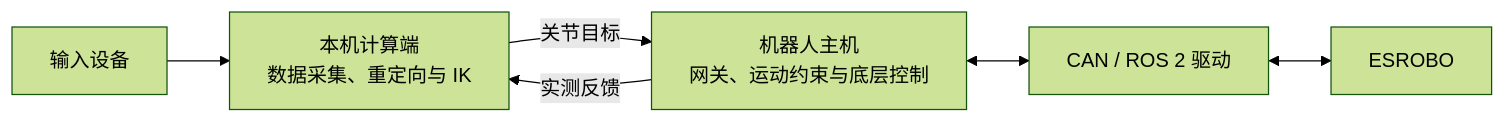
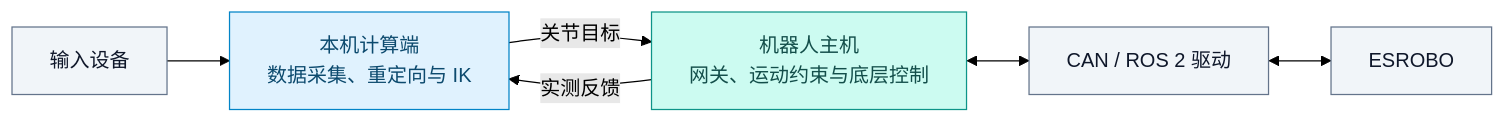
One commit to HUSTESROBO/.github changed the diagram in profile/README.md. Above: the diagram before and after it, drawn with Mermaid (forest theme). The commit also changed other lines of this file and 2 other files, not shown here.

````diff
--- a/profile/README.md
+++ b/profile/README.md
@@ -43,8 +69,14 @@
 ```mermaid
 flowchart LR
     A["输入设备"] --> B["本机计算端<br/>数据采集、重定向与 IK"]
     B -->|关节目标| C["机器人主机<br/>网关、运动约束与底层控制"]
     C -->|实测反馈| B
     C <--> D["CAN / ROS 2 驱动"]
     D <--> E["ESROBO"]
+    classDef compute fill:#e0f2fe,stroke:#0284c7,color:#0c4a6e
+    classDef control fill:#ccfbf1,stroke:#0d9488,color:#134e4a
+    classDef device fill:#f1f5f9,stroke:#64748b,color:#0f172a
+    class B compute
+    class C control
+    class A,D,E device
 ```
````
